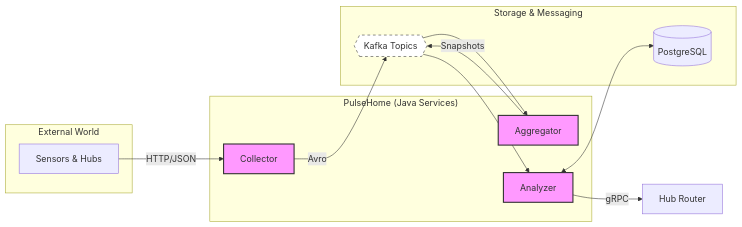
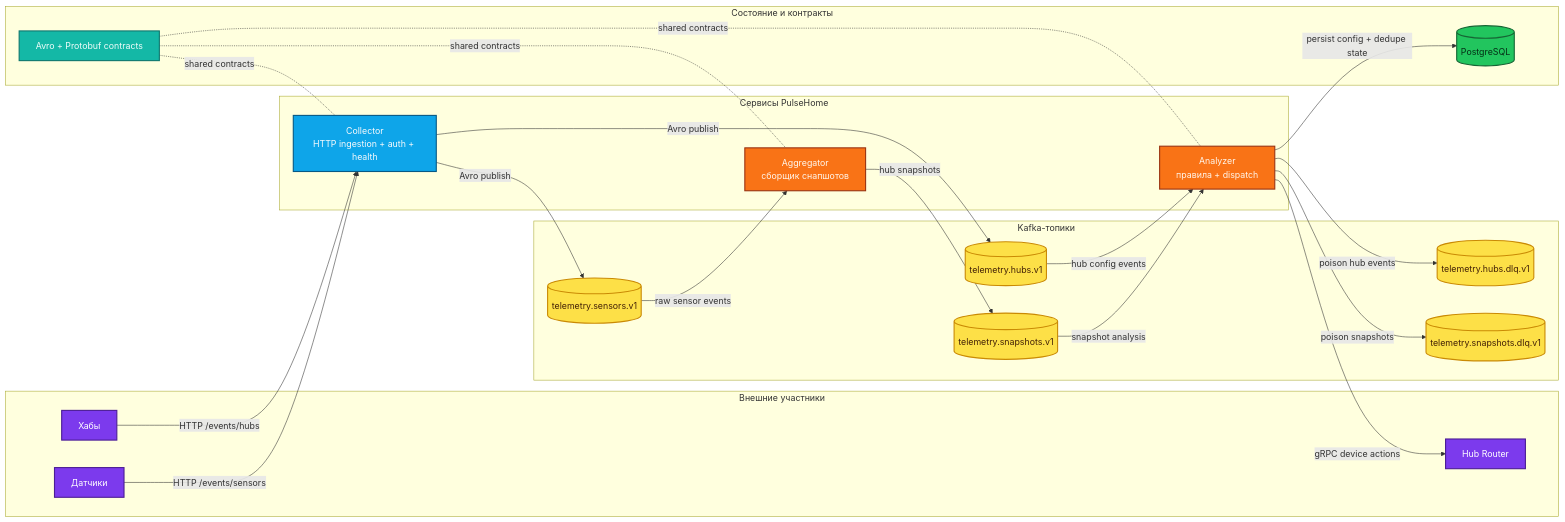
The diagram in README.ru.md (DokPlay/PulseHome), drawn with Mermaid before and after one commit. The commit also changed other lines of this file and 24 other files, not shown here.

````diff
--- a/README.ru.md
+++ b/README.ru.md
@@ -27,31 +20,58 @@
 ```mermaid
 flowchart LR
-    subgraph Devices ["External World"]
-        A["Sensors & Hubs"]
+    classDef edge fill:#7c3aed,color:#ffffff,stroke:#4c1d95,stroke-width:2px;
+    classDef ingress fill:#0ea5e9,color:#f8fafc,stroke:#075985,stroke-width:2px;
+    classDef worker fill:#f97316,color:#fff7ed,stroke:#9a3412,stroke-width:2px;
+    classDef topic fill:#fde047,color:#422006,stroke:#ca8a04,stroke-width:2px;
+    classDef storage fill:#22c55e,color:#052e16,stroke:#166534,stroke-width:2px;
+    classDef contract fill:#14b8a6,color:#f0fdfa,stroke:#0f766e,stroke-width:2px;
+
+    subgraph External["Внешние участники"]
+        Sensors["Датчики"]
+        Hubs["Хабы"]
+        Router["Hub Router"]
     end
 
-    subgraph Platform ["PulseHome (Java Services)"]
-        B["Collector"]
-        D["Aggregator"]
-        F["Analyzer"]
+    subgraph Platform["Сервисы PulseHome"]
+        Collector["Collector\nHTTP ingestion + auth + health"]
+        Aggregator["Aggregator\nсборщик снапшотов"]
+        Analyzer["Analyzer\nправила + dispatch"]
     end
 
-    subgraph Infra ["Storage & Messaging"]
-        C{{"Kafka Topics"}}
-        H[("PostgreSQL")]
+    subgraph Messaging["Kafka-топики"]
+        SensorsTopic[("telemetry.sensors.v1")]
+        HubsTopic[("telemetry.hubs.v1")]
+        SnapshotsTopic[("telemetry.snapshots.v1")]
+        HubsDlq[("telemetry.hubs.dlq.v1")]
+        SnapshotsDlq[("telemetry.snapshots.dlq.v1")]
     end
 
-    A -->|HTTP/JSON| B
-    B -->|Avro| C
-    C --> D
-    D -->|Snapshots| C
-    C --> F
-    F <--> H
-    F -->|gRPC| G["Hub Router"]
-    
-    style B fill:#f9f,stroke:#333,stroke-width:2px
-    style D fill:#f9f,stroke:#333,stroke-width:2px
-    style F fill:#f9f,stroke:#333,stroke-width:2px
-    style C fill:#fff,stroke:#333,stroke-dasharray: 5 5
+    subgraph Persistence["Состояние и контракты"]
+        Db[("PostgreSQL")]
+        Schemas["Avro + Protobuf contracts"]
+    end
 
+    Sensors -->|"HTTP /events/sensors"| Collector
+    Hubs -->|"HTTP /events/hubs"| Collector
+    Collector -->|"Avro publish"| SensorsTopic
+    Collector -->|"Avro publish"| HubsTopic
+    Schemas -. shared contracts .- Collector
+    Schemas -. shared contracts .- Aggregator
+    Schemas -. shared contracts .- Analyzer
+
+    SensorsTopic -->|"raw sensor events"| Aggregator
+    Aggregator -->|"hub snapshots"| SnapshotsTopic
+    SnapshotsTopic -->|"snapshot analysis"| Analyzer
+    HubsTopic -->|"hub config events"| Analyzer
+    Analyzer -->|"persist config + dedupe state"| Db
+    Analyzer -->|"gRPC device actions"| Router
+    Analyzer -->|"poison hub events"| HubsDlq
+    Analyzer -->|"poison snapshots"| SnapshotsDlq
+
+    class Sensors,Hubs,Router edge;
+    class Collector ingress;
+    class Aggregator,Analyzer worker;
+    class SensorsTopic,HubsTopic,SnapshotsTopic,HubsDlq,SnapshotsDlq topic;
+    class Db storage;
+    class Schemas contract;
 ```
````
